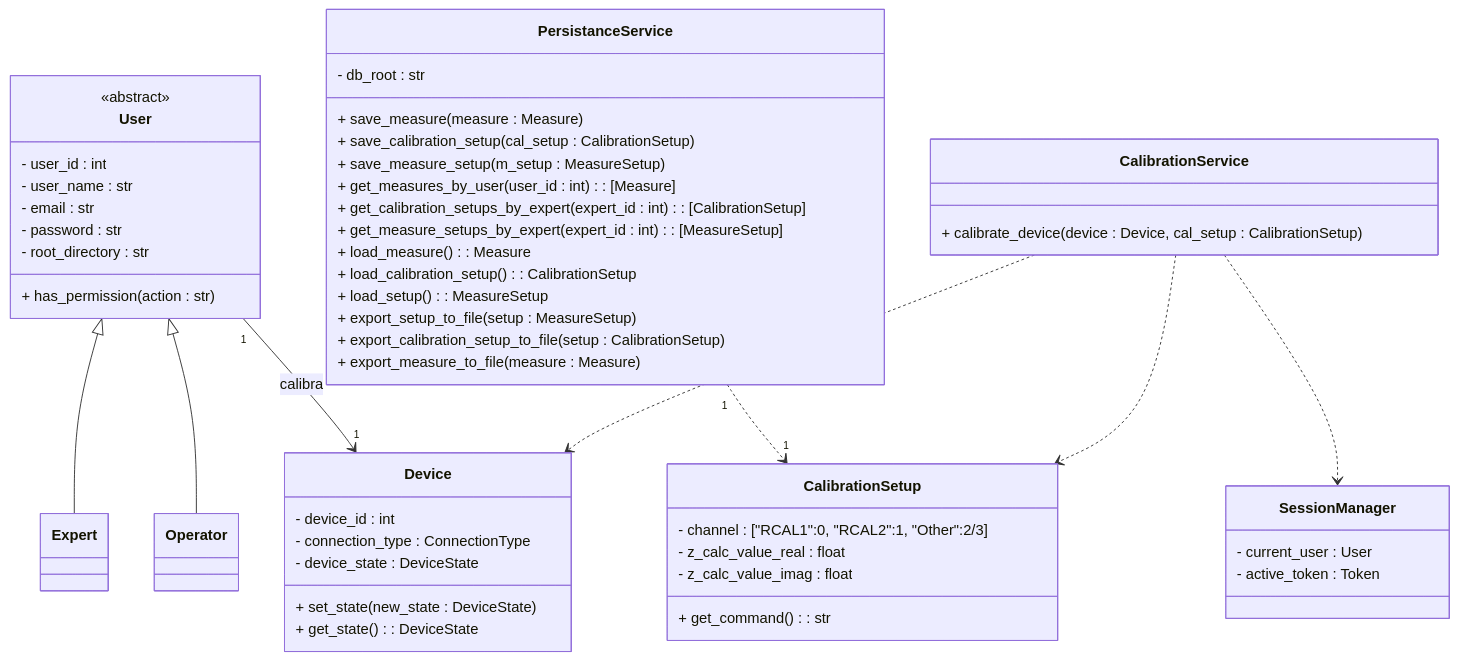
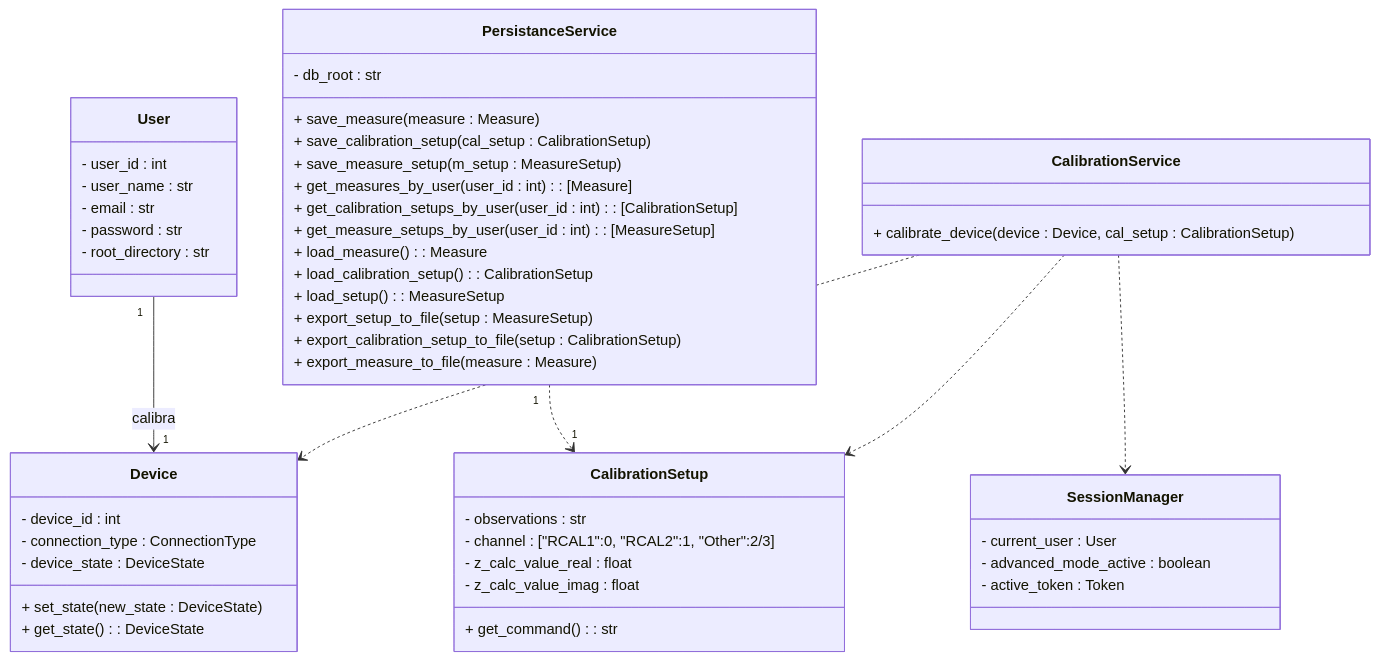
Before and after one commit to alegrelias/Repo-GMini: the third of 6 diagrams in Gmini-MarkDown/Diagramas/Clases Conceptuales.md, drawn with Mermaid. The commit also changed other lines of this file, not shown here.

Commit message:
Se modifica diagrama de clases

````diff
--- a/Gmini-MarkDown/Diagramas/Clases Conceptuales.md
+++ b/Gmini-MarkDown/Diagramas/Clases Conceptuales.md
@@ -382,78 +367,67 @@
 ```mermaid
 classDiagram
-
-%% jerarquias
-User <|-- Expert
-User <|-- Operator
-
 %% clases
 class User {
-	<<abstract>>
 	- user_id : int
 	- user_name : str
 	- email : str
 	- password : str
 	- root_directory : str
-	+ has_permission(action : str)
-}
-    
-class Operator{
-
-}
-class Expert{
-
+	
 }
 
 class CalibrationSetup{
+	- observations : str
 	- channel : ["RCAL1":0, "RCAL2":1, "Other":2/3]
 	- z_calc_value_real : float
 	- z_calc_value_imag : float
 	+ get_command() : str
 }
 
 class Device{
 	- device_id : int
 	- connection_type : ConnectionType
 	- device_state : DeviceState
 	+ set_state(new_state : DeviceState)
 	+ get_state() : DeviceState
 }
 
 class CalibrationService{
 	+ calibrate_device(device : Device, cal_setup : CalibrationSetup)
 }
 
 class SessionManager{
 	- current_user : User
+	- advanced_mode_active : boolean
 	- active_token : Token
 }
 
 class PersistanceService{
 	- db_root : str
 	  
 	%% operaciones en db
 	+ save_measure(measure : Measure)
 	+ save_calibration_setup(cal_setup : CalibrationSetup)
 	+ save_measure_setup(m_setup : MeasureSetup)
 	+ get_measures_by_user(user_id : int) : [Measure]
-	+ get_calibration_setups_by_expert(expert_id : int) : [CalibrationSetup]
-	+ get_measure_setups_by_expert(expert_id : int) : [MeasureSetup]
+	+ get_calibration_setups_by_user(user_id : int) : [CalibrationSetup]
+	+ get_measure_setups_by_user(user_id : int) : [MeasureSetup]
 	  
 	%% operaciones en archivos
 	+ load_measure() : Measure
 	+ load_calibration_setup() : CalibrationSetup
 	+ load_setup() : MeasureSetup
 	+ export_setup_to_file(setup : MeasureSetup)
 	+ export_calibration_setup_to_file(setup : CalibrationSetup)
 	+ export_measure_to_file(measure : Measure)
 }
 
 %% relaciones
 User "1"-->"1" Device : calibra
 
 PersistanceService "1"..>"1" CalibrationSetup
 
 CalibrationService ..> Device
 CalibrationService ..> CalibrationSetup
 CalibrationService ..> SessionManager
 ```
````
